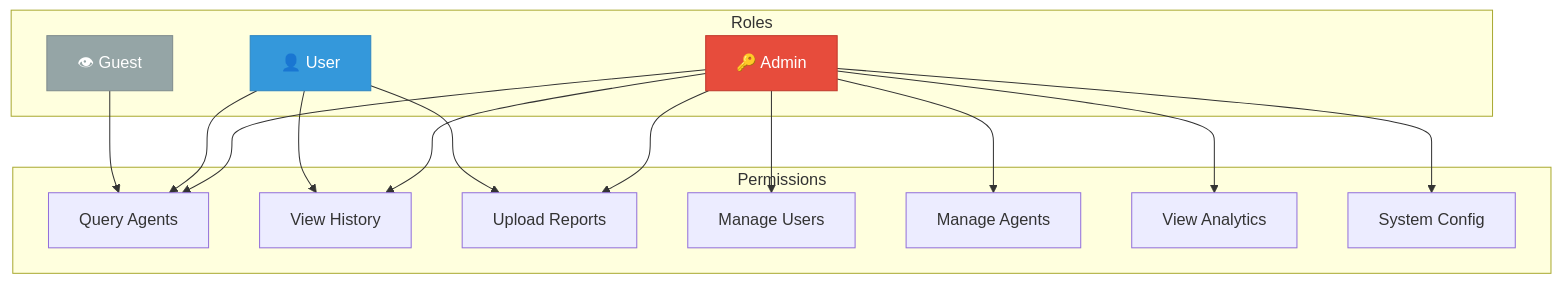
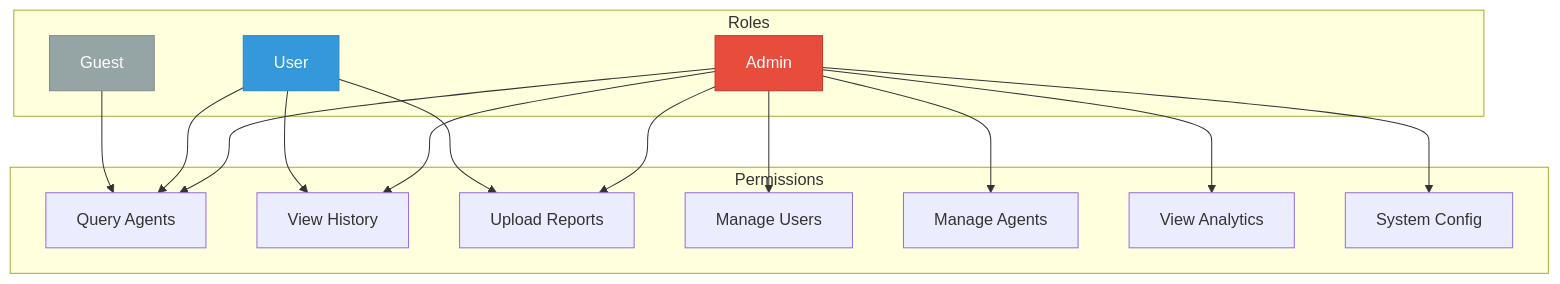
Before and after one commit to Samarjamal326/MediOrchesctrator-Agent: the fifth of 11 diagrams in docs/02_System_Architecture_and_Design.md, drawn with Mermaid. The commit also changed other lines of this file and 5 other files, not shown here.

````diff
--- a/docs/02_System_Architecture_and_Design.md
+++ b/docs/02_System_Architecture_and_Design.md
@@ -410,26 +341,26 @@
 ```mermaid
 graph TB
     subgraph "Roles"
-        Admin[🔑 Admin]
-        User[👤 User]
-        Guest[👁 Guest]
+        Admin[ Admin]
+        User[ User]
+        Guest[ Guest]
     end
 
     subgraph "Permissions"
         P1[Query Agents]
         P2[View History]
         P3[Upload Reports]
         P4[Manage Users]
         P5[Manage Agents]
         P6[View Analytics]
         P7[System Config]
     end
 
     Admin --> P1 & P2 & P3 & P4 & P5 & P6 & P7
     User --> P1 & P2 & P3
     Guest --> P1
 
     style Admin fill:#E74C3C,stroke:#C0392B,color:#fff
     style User fill:#3498DB,stroke:#2E86C1,color:#fff
     style Guest fill:#95A5A6,stroke:#7F8C8D,color:#fff
 ```
````
